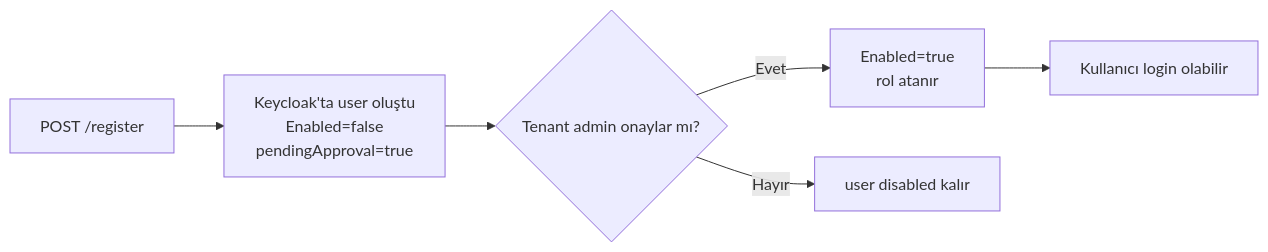
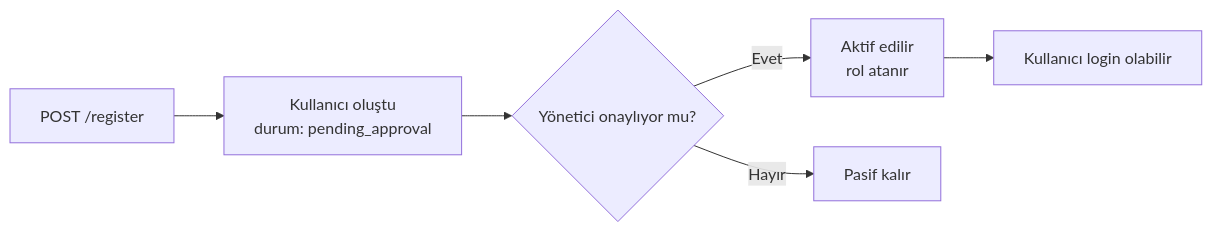
The diagram in identity/auth/register.mdx (payment-pos/mintlify), drawn with Mermaid before and after one commit. The commit also changed other lines of this file and 24 other files, not shown here.

````diff
--- a/identity/auth/register.mdx
+++ b/identity/auth/register.mdx
@@ -62,8 +62,8 @@
 ```mermaid
 flowchart LR
-    A[POST /register] --> B[Keycloak'ta user oluştu<br/>Enabled=false<br/>pendingApproval=true]
-    B --> C{Tenant admin onaylar mı?}
-    C -->|Evet| D[Enabled=true<br/>rol atanır]
-    C -->|Hayır| E[user disabled kalır]
+    A[POST /register] --> B[Kullanıcı oluştu<br/>durum: pending_approval]
+    B --> C{Yönetici onaylıyor mu?}
+    C -->|Evet| D[Aktif edilir<br/>rol atanır]
+    C -->|Hayır| E[Pasif kalır]
     D --> F[Kullanıcı login olabilir]
 ```
````
